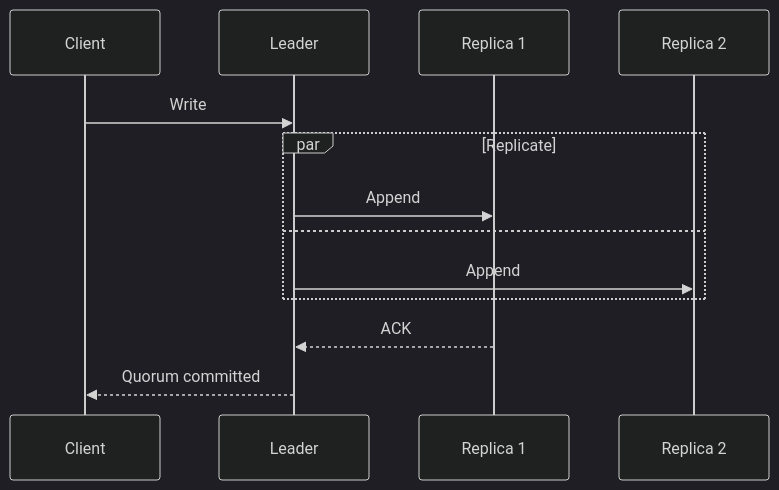
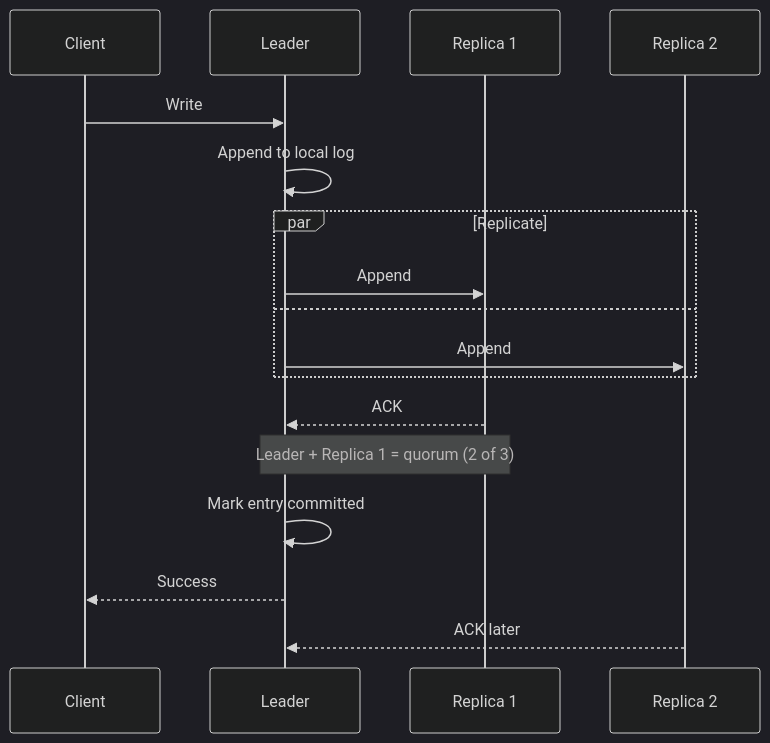
Before and after one commit to lu-xury/agent-backend-textbook: the diagram in app/book/chapter12.md, drawn with Mermaid (dark theme). The commit also changed other lines of this file and 17 other files, not shown here.

First line of the commit message:
审核全书概念、图表与伪代码

````diff
--- a/app/book/chapter12.md
+++ b/app/book/chapter12.md
@@ -75,15 +75,19 @@
 ```mermaid
 sequenceDiagram
   participant C as Client
   participant L as Leader
   participant R1 as Replica 1
   participant R2 as Replica 2
   C->>L: Write
+  L->>L: Append to local log
   par Replicate
     L->>R1: Append
   and
     L->>R2: Append
   end
   R1-->>L: ACK
-  L-->>C: Quorum committed
+  Note over L,R1: Leader + Replica 1 = quorum (2 of 3)
+  L->>L: Mark entry committed
+  L-->>C: Success
+  R2-->>L: ACK later
 ```
````
